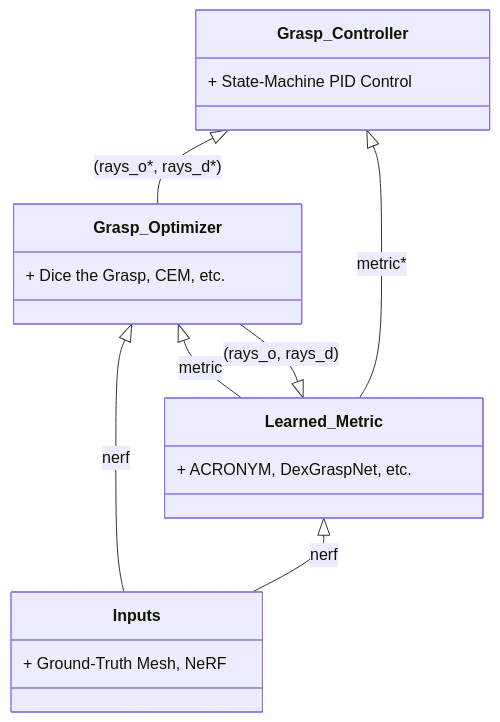
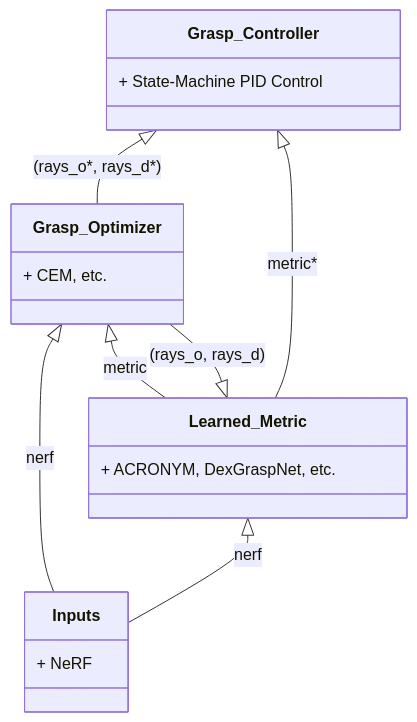
One commit to tylerlum/nerf_grasping changed the third of 5 diagrams in README.md. Above: the diagram before and after it, drawn with Mermaid. The commit also changed other lines of this file, not shown here.

````diff
--- a/README.md
+++ b/README.md
@@ -118,24 +64,24 @@
 ```mermaid
 classDiagram
     Grasp_Optimizer <|-- Inputs: nerf
     Learned_Metric <|-- Inputs: nerf
 
     Learned_Metric <|-- Grasp_Optimizer: (rays_o, rays_d)
 
     Grasp_Controller <|-- Grasp_Optimizer: (rays_o*, rays_d*)
     Grasp_Optimizer <|-- Learned_Metric: metric
     Grasp_Controller <|-- Learned_Metric: metric*
 
     class Grasp_Controller{
       + State-Machine PID Control
     }
     class Learned_Metric{
       + ACRONYM, DexGraspNet, etc.
     }
     class Grasp_Optimizer{
-      + Dice the Grasp, CEM, etc.
+      + CEM, etc.
     }
     class Inputs{
-      + Ground-Truth Mesh, NeRF
+      + NeRF
     }
 ```
````
